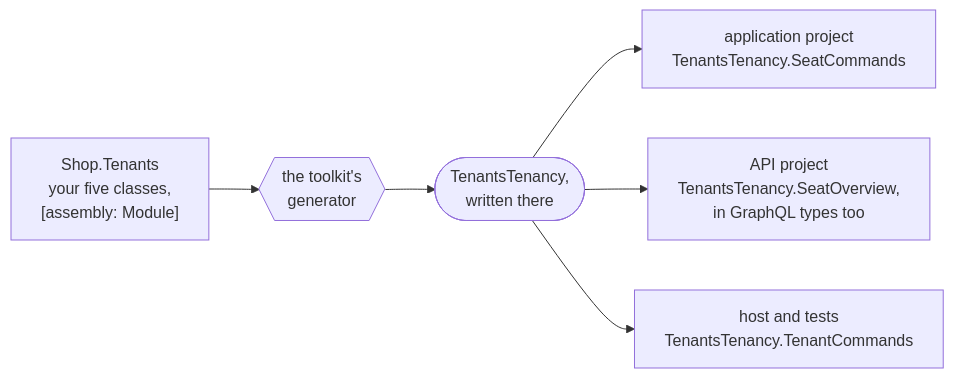
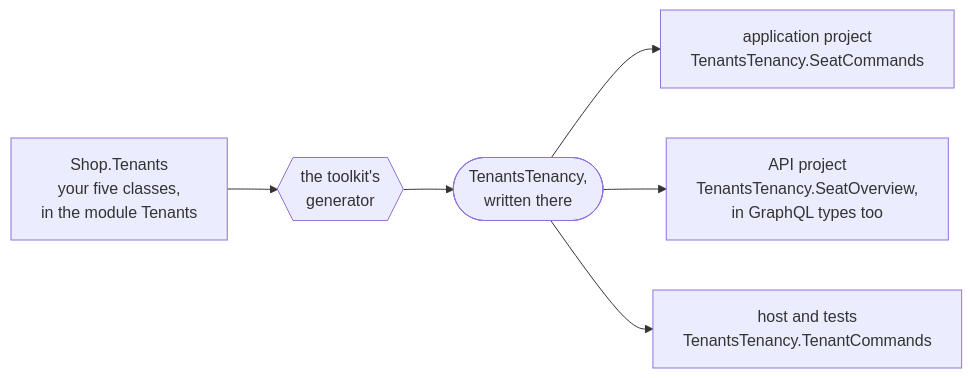
The third of 22 diagrams in docs/tenancy.md (DylanSnel/DDDToolkit), drawn with Mermaid before and after one commit. The commit also changed other lines of this file and 8 other files, not shown here.

````diff
--- a/docs/tenancy.md
+++ b/docs/tenancy.md
@@ -423,8 +424,8 @@
 ```mermaid
 flowchart LR
-    Classes["Shop.Tenants<br/>your five classes,<br/>[assembly: Module]"] --> Generator{{"the toolkit's<br/>generator"}}
+    Classes["Shop.Tenants<br/>your five classes,<br/>in the module Tenants"] --> Generator{{"the toolkit's<br/>generator"}}
     Generator --> Name(["TenantsTenancy,<br/>written there"])
     Name --> Application["application project<br/>TenantsTenancy.SeatCommands"]
     Name --> Api["API project<br/>TenantsTenancy.SeatOverview,<br/>in GraphQL types too"]
     Name --> Host["host and tests<br/>TenantsTenancy.TenantCommands"]
 ```
````
